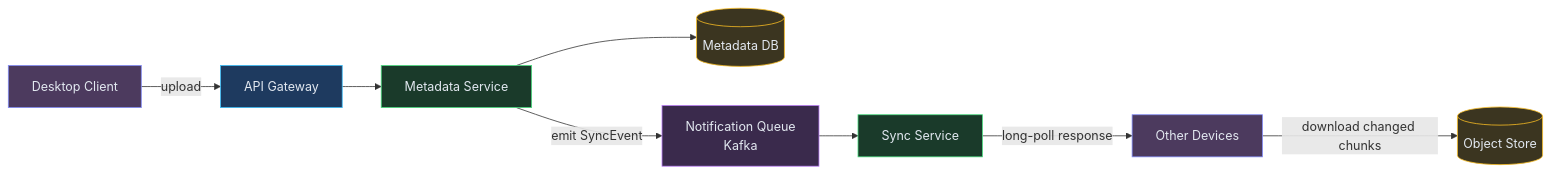
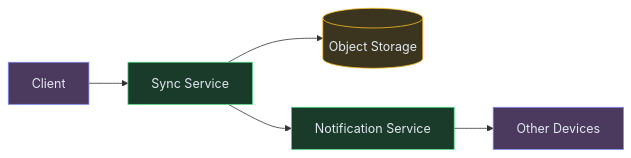
Before and after one commit to iluzn/HLD-Designs: the third of 4 diagrams in content/hld/Dropbox.md, drawn with Mermaid. The commit also changed other lines of this file and 8 other files, not shown here.

````diff
--- a/content/hld/Dropbox.md
+++ b/content/hld/Dropbox.md
@@ -214,25 +118,17 @@
 ```mermaid
 flowchart LR
-    CLIENT["Desktop Client"]:::client
-    API["API Gateway"]:::edge
-    META["Metadata Service"]:::service
-    METADB[("Metadata DB")]:::data
-    OBJSTORE[("Object Store")]:::data
-    SYNC["Sync Service"]:::service
-    QUEUE["Notification Queue<br/>Kafka"]:::async
-    CLIENT2["Other Devices"]:::client
+    CLIENT["Client"]:::client
+    API["Sync Service"]:::service
+    S3[("Object Storage")]:::data
+    NOTIFY["Notification Service"]:::service
+    OTHER["Other Devices"]:::client
 
-    CLIENT -->|"upload"| API
-    API --> META
-    META --> METADB
-    META -->|"emit SyncEvent"| QUEUE
-    QUEUE --> SYNC
-    SYNC -->|"long-poll response"| CLIENT2
-    CLIENT2 -->|"download changed chunks"| OBJSTORE
+    CLIENT --> API
+    API --> S3
+    API --> NOTIFY
+    NOTIFY --> OTHER
 
     classDef client fill:#4c3a5e,stroke:#818cf8,color:#e2e8f0
-    classDef edge fill:#1e3a5f,stroke:#38bdf8,color:#e2e8f0
     classDef service fill:#1a3a2a,stroke:#4ade80,color:#e2e8f0
     classDef data fill:#3b3520,stroke:#fbbf24,color:#e2e8f0
-    classDef async fill:#3a2a4c,stroke:#c084fc,color:#e2e8f0
 ```
````
